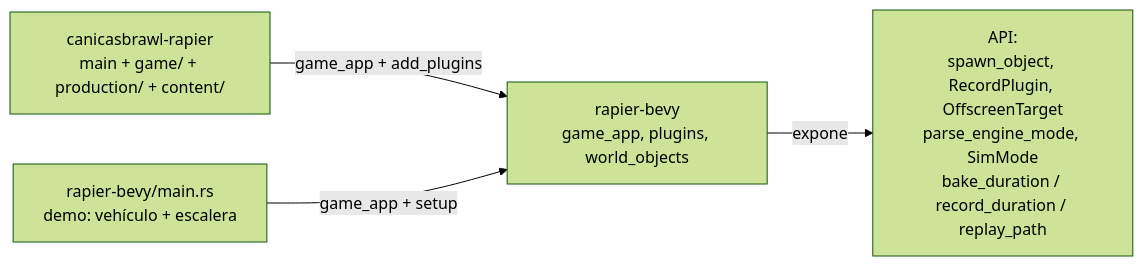
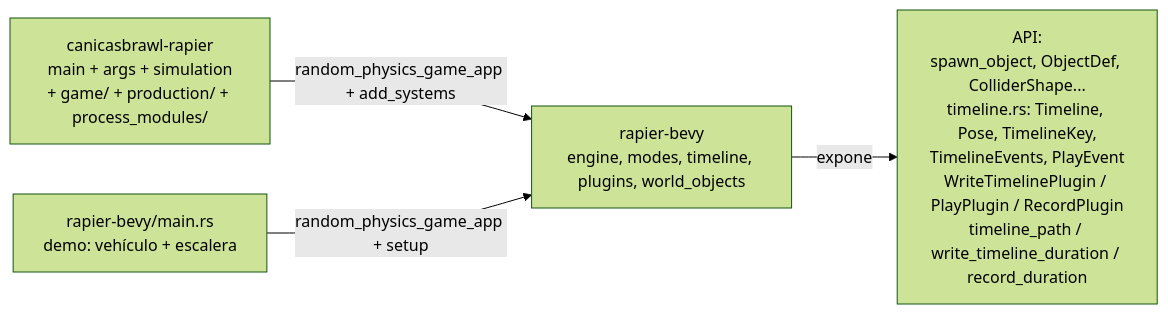
One commit to jesusgomeznuz/canicasbrawl-rapier changed the second of 5 diagrams in docs/flow.md. Above: the diagram before and after it, drawn with Mermaid (forest theme). The commit also changed other lines of this file, not shown here.

First line of the commit message:
docs: flow.md al día tras el overhaul — flags, fases, banda de eventos y árbol

````diff
--- a/docs/flow.md
+++ b/docs/flow.md
@@ -34,6 +36,6 @@
 ```mermaid
 flowchart LR
-    Game[canicasbrawl-rapier<br/>main + game/ + production/ + content/] -->|game_app + add_plugins| Engine
-    Engine[rapier-bevy<br/>game_app, plugins, world_objects] -->|expone| API["API:<br/>spawn_object, RecordPlugin, OffscreenTarget<br/>parse_engine_mode, SimMode<br/>bake_duration / record_duration / replay_path"]
-    Demo[rapier-bevy/main.rs<br/>demo: vehículo + escalera] -->|game_app + setup| Engine
+    Game["canicasbrawl-rapier<br/>main + args + simulation<br/>+ game/ + production/ + process_modules/"] -->|random_physics_game_app + add_systems| Engine
+    Engine["rapier-bevy<br/>engine, modes, timeline, plugins, world_objects"] -->|expone| API["API:<br/>spawn_object, ObjectDef, ColliderShape...<br/>timeline.rs: Timeline, Pose, TimelineKey,<br/>TimelineEvents, PlayEvent<br/>WriteTimelinePlugin / PlayPlugin / RecordPlugin<br/>timeline_path / write_timeline_duration / record_duration"]
+    Demo["rapier-bevy/main.rs<br/>demo: vehículo + escalera"] -->|random_physics_game_app + setup| Engine
 ```
````
